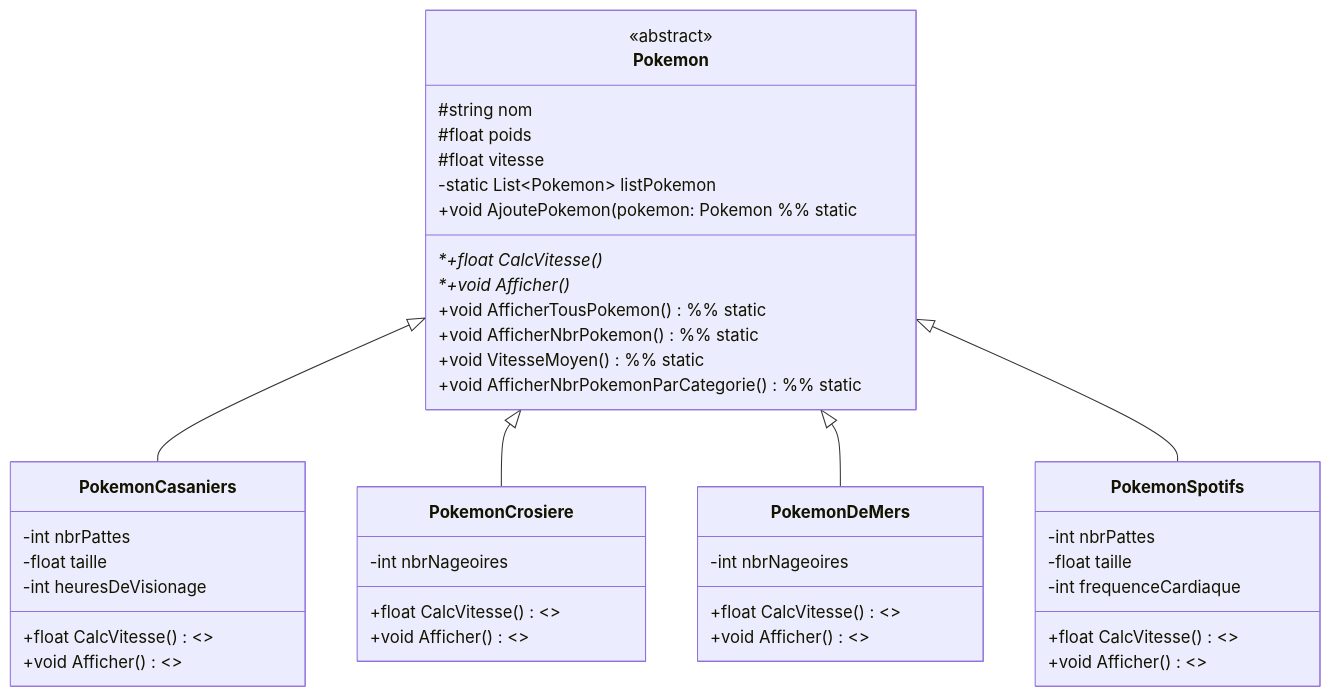
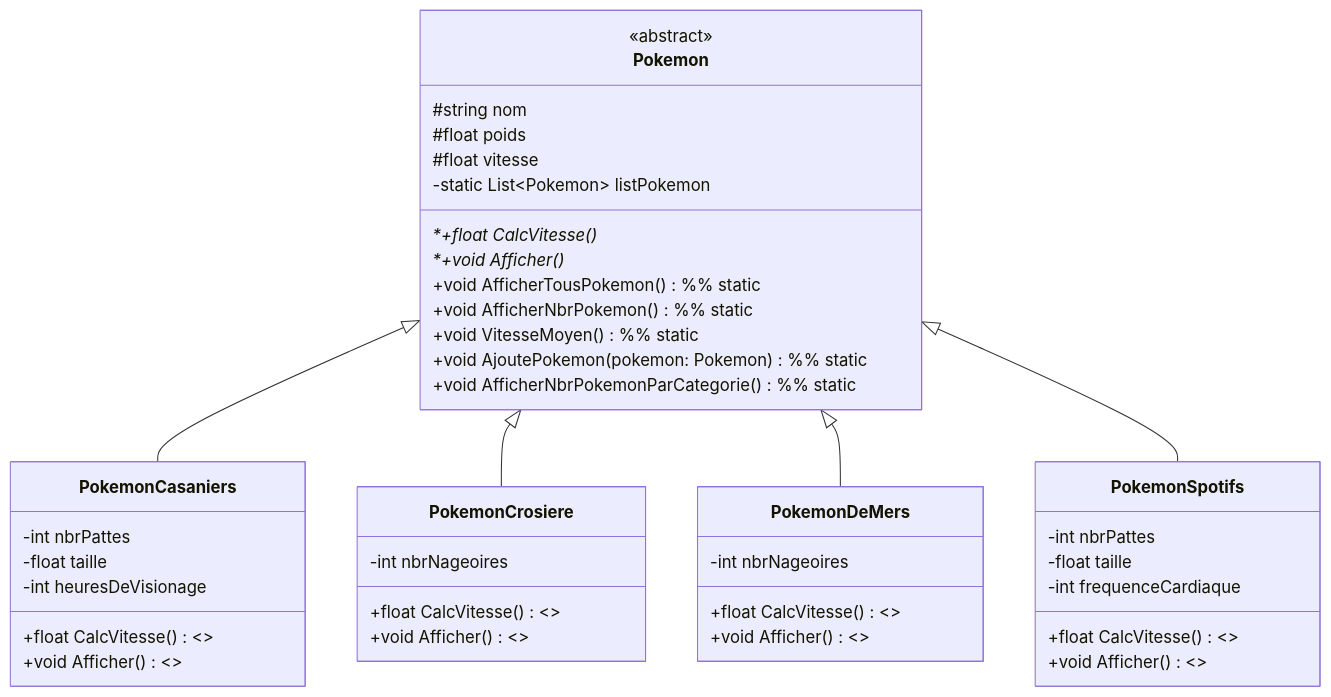
Before and after one commit to Lil-Code30/OOP_TP2: the diagram in uml-ex02.md, drawn with Mermaid.

Commit message:
Fix syntax error in AjoutePokemon method signature
Corrected missing closing parenthesis in the AjoutePokemon method declaration within the UML diagram.

````diff
--- a/uml-ex02.md
+++ b/uml-ex02.md
@@ -3,57 +3,57 @@
 ```mermaid
 	classDiagram
 		class Pokemon{
 			<<abstract>>
 			#string nom
 			#float poids
 			#float vitesse
 			-static List~Pokemon~ listPokemon
 
 			*+float CalcVitesse()*
 			*+void Afficher()*
 
 			+void AfficherTousPokemon() %% static
 			+void AfficherNbrPokemon() %% static
 			+void VitesseMoyen() %% static
-			+void AjoutePokemon(pokemon: Pokemon %% static
+			+void AjoutePokemon(pokemon: Pokemon) %% static
 			+void AfficherNbrPokemonParCategorie() %% static
 		}
 		
 		class PokemonCasaniers{
 			-int nbrPattes
 			-float taille
 			-int heuresDeVisionage
 
 			+float CalcVitesse() <<override>>
 			+void Afficher() <<override>>
 		}
 
 		class PokemonCrosiere{
 			-int nbrNageoires
 
 			+float CalcVitesse() <<override>>
 			+void Afficher() <<override>>
 		}
 
 		class PokemonDeMers{
 			-int nbrNageoires
 
 			+float CalcVitesse() <<override>>
 			+void Afficher() <<override>>
 		}
 
 		class PokemonSpotifs{
 			-int nbrPattes
 			-float taille
 			-int frequenceCardiaque
 
 			+float CalcVitesse() <<override>>
 			+void Afficher() <<override>>
 		}
 
 
 		Pokemon <|-- PokemonCasaniers
 		Pokemon <|-- PokemonCrosiere
 		Pokemon <|-- PokemonDeMers
 		Pokemon <|-- PokemonSpotifs
 ```
````
